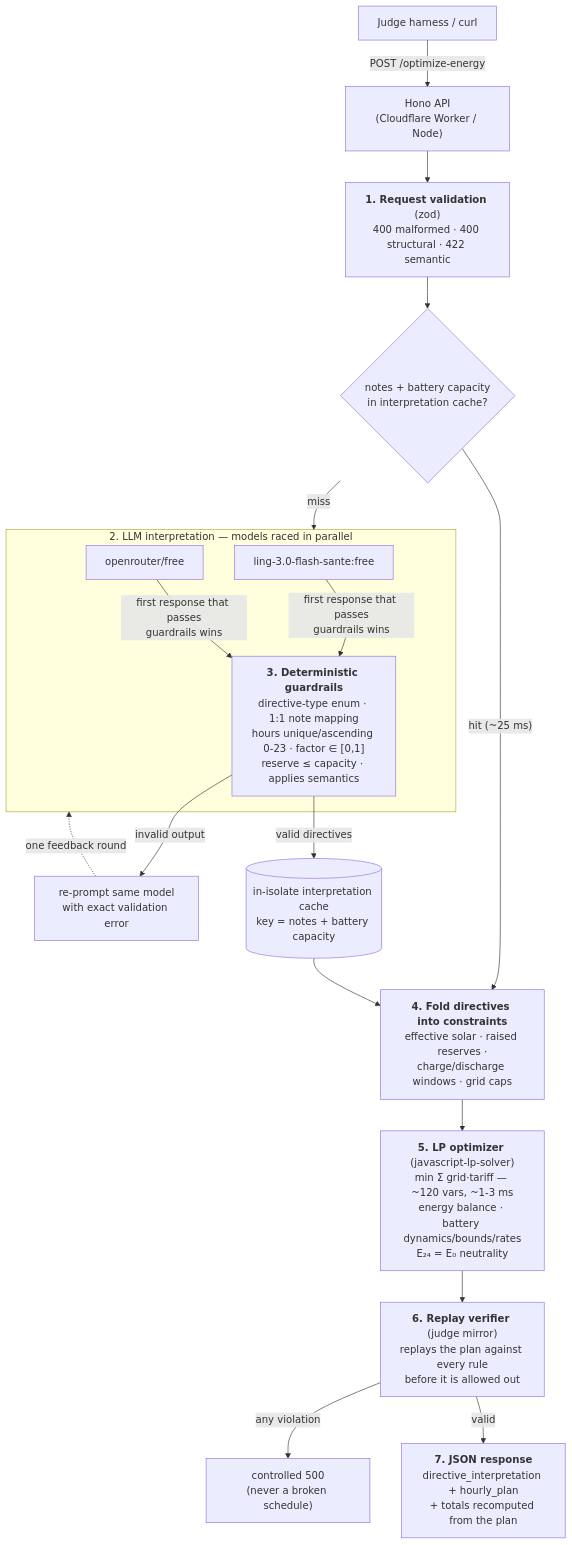
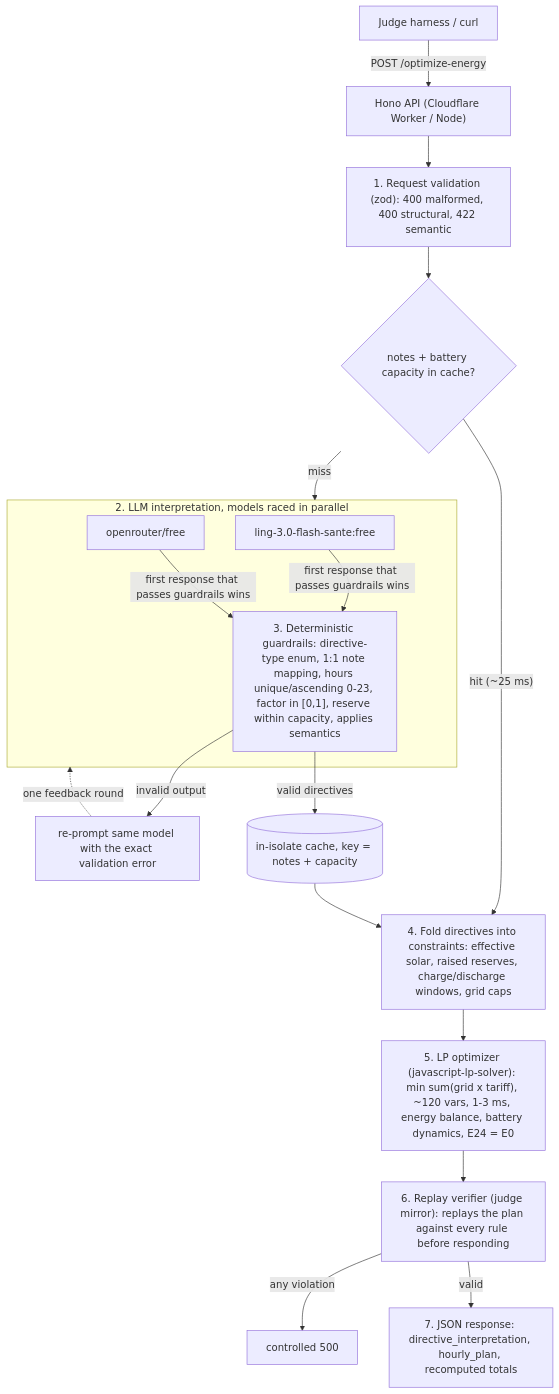
One commit to Seyamalam/BUP_HACKATHON changed the diagram in README.md. Above: the diagram before and after it, drawn with Mermaid. The commit also changed other lines of this file and 5 other files, not shown here.

````diff
--- a/README.md
+++ b/README.md
@@ -13,22 +14,22 @@
 ```mermaid
 flowchart TD
-    J["Judge harness / curl"] -->|"POST /optimize-energy"| A["Hono API<br/>(Cloudflare Worker / Node)"]
-    A --> S1["<b>1. Request validation</b> (zod)<br/>400 malformed · 400 structural · 422 semantic"]
-    S1 --> Q{"notes + battery capacity<br/>in interpretation cache?"}
+    J["Judge harness / curl"] -->|"POST /optimize-energy"| A["Hono API (Cloudflare Worker / Node)"]
+    A --> S1["1. Request validation (zod): 400 malformed, 400 structural, 422 semantic"]
+    S1 --> Q{"notes + battery capacity in cache?"}
     Q -->|"hit (~25 ms)"| APPLY
     Q -->|miss| RACE
-    subgraph RACE["2. LLM interpretation — models raced in parallel"]
+    subgraph RACE["2. LLM interpretation, models raced in parallel"]
         M1["ling-3.0-flash-sante:free"]
         M2["openrouter/free"]
-        M1 & M2 -->|"first response that passes<br/>guardrails wins"| G
+        M1 & M2 -->|"first response that passes guardrails wins"| G
     end
-    G["<b>3. Deterministic guardrails</b><br/>directive-type enum · 1:1 note mapping<br/>hours unique/ascending 0-23 · factor ∈ [0,1]<br/>reserve ≤ capacity · applies semantics"]
-    G -->|"invalid output"| FB["re-prompt same model<br/>with exact validation error"]
+    G["3. Deterministic guardrails: directive-type enum, 1:1 note mapping, hours unique/ascending 0-23, factor in [0,1], reserve within capacity, applies semantics"]
+    G -->|"invalid output"| FB["re-prompt same model with the exact validation error"]
     FB -.->|"one feedback round"| RACE
-    G -->|"valid directives"| CACHE[("in-isolate interpretation cache<br/>key = notes + battery capacity")]
-    CACHE --> APPLY["<b>4. Fold directives into constraints</b><br/>effective solar · raised reserves ·<br/>charge/discharge windows · grid caps"]
-    APPLY --> LP["<b>5. LP optimizer</b> (javascript-lp-solver)<br/>min Σ grid·tariff — ~120 vars, ~1-3 ms<br/>energy balance · battery dynamics/bounds/rates<br/>E₂₄ = E₀ neutrality"]
-    LP --> VER["<b>6. Replay verifier</b> (judge mirror)<br/>replays the plan against every rule<br/>before it is allowed out"]
-    VER -->|"any violation"| ERR["controlled 500<br/>(never a broken schedule)"]
-    VER -->|"valid"| RESP["<b>7. JSON response</b><br/>directive_interpretation + hourly_plan<br/>+ totals recomputed from the plan"]
+    G -->|"valid directives"| CACHE[("in-isolate cache, key = notes + capacity")]
+    CACHE --> APPLY["4. Fold directives into constraints: effective solar, raised reserves, charge/discharge windows, grid caps"]
+    APPLY --> LP["5. LP optimizer (javascript-lp-solver): min sum(grid x tariff), ~120 vars, 1-3 ms, energy balance, battery dynamics, E24 = E0"]
+    LP --> VER["6. Replay verifier (judge mirror): replays the plan against every rule before responding"]
+    VER -->|"any violation"| ERR["controlled 500"]
+    VER -->|"valid"| RESP["7. JSON response: directive_interpretation, hourly_plan, recomputed totals"]
 ```
````
